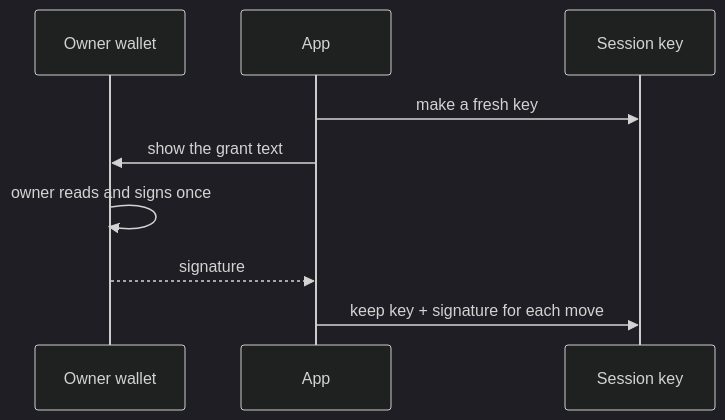
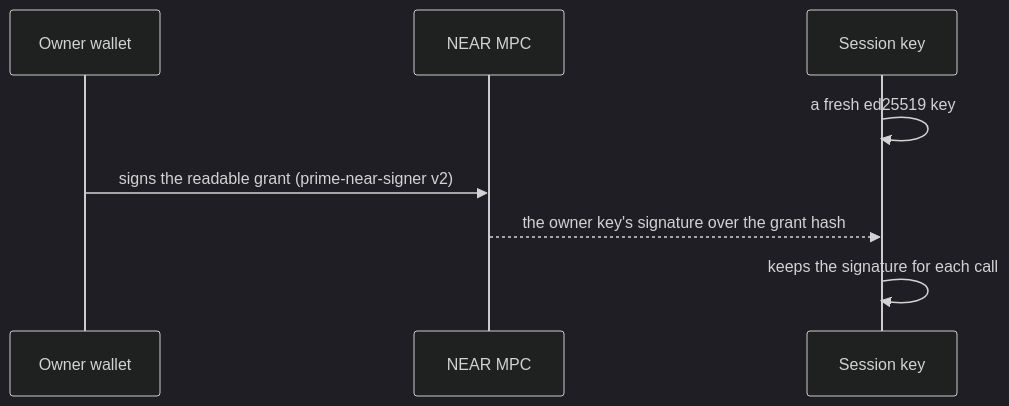
Before and after one commit to untangledfinance/oz-policy-builder: the eighth of 12 diagrams in contracts/solana/README-architecture.md, drawn with Mermaid (dark theme). The commit also changed other lines of this file and 11 other files, not shown here.

````diff
--- a/contracts/solana/README-architecture.md
+++ b/contracts/solana/README-architecture.md
@@ -533,11 +520,10 @@
 ```mermaid
 sequenceDiagram
   participant W as Owner wallet
-  participant A as App
+  participant N as NEAR MPC
   participant K as Session key
-  A->>K: make a fresh key
-  A->>W: show the grant text
-  W->>W: owner reads and signs once
-  W-->>A: signature
-  A->>K: keep key + signature for each move
+  K->>K: a fresh ed25519 key
+  W->>N: signs the readable grant (prime-near-signer v2)
+  N-->>K: the owner key's signature over the grant hash
+  K->>K: keeps the signature for each call
 ```
````
